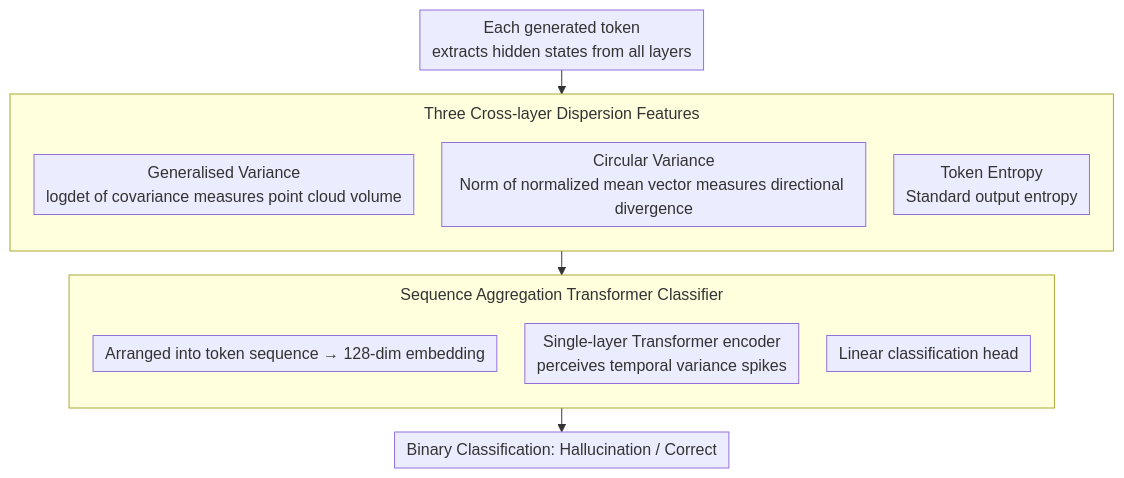
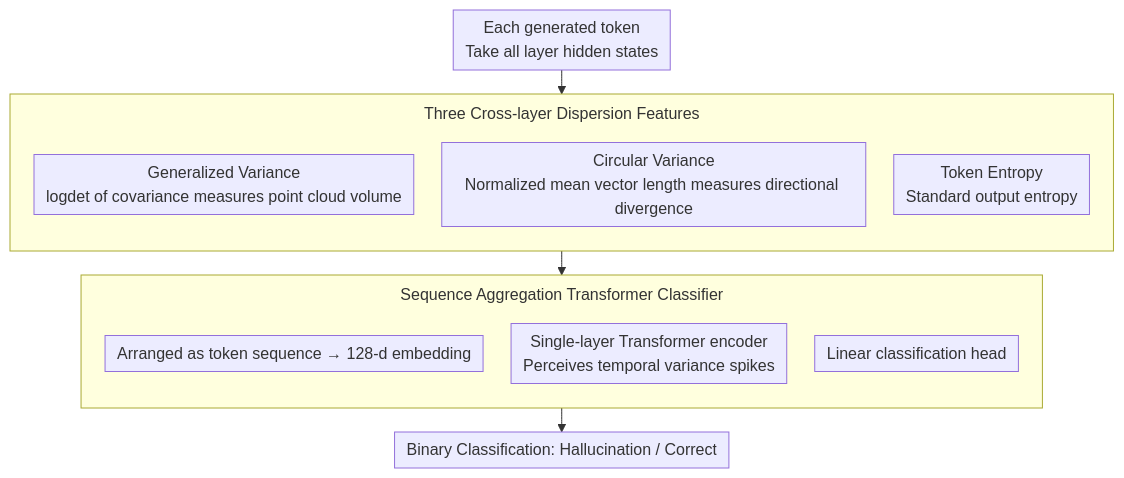
Before and after one commit to zhaoyang97/Paper-Notes-en: the diagram in docs/ACL2026/llm_safety/learning_uncertainty_from_sequential_internal_dispersion_in_large_language_model.md, drawn with Mermaid. The commit also changed other lines of this file and 5084 other files, not shown here.

````diff
--- a/docs/ACL2026/llm_safety/learning_uncertainty_from_sequential_internal_dispersion_in_large_language_model.md
+++ b/docs/ACL2026/llm_safety/learning_uncertainty_from_sequential_internal_dispersion_in_large_language_model.md
@@ -44,20 +44,20 @@
 ```mermaid
 %%{init: {'flowchart': {'rankSpacing': 24, 'nodeSpacing': 28, 'padding': 6, 'wrappingWidth': 400, 'subGraphTitleMargin': {'top': 8, 'bottom': 16}}}}%%
 flowchart TD
-    A["Each generated token<br/>extracts hidden states from all layers"]
+    A["Each generated token<br/>Take all layer hidden states"]
     subgraph FEAT["Three Cross-layer Dispersion Features"]
         direction TB
-        B1["Generalised Variance<br/>logdet of covariance measures point cloud volume"]
-        B2["Circular Variance<br/>Norm of normalized mean vector measures directional divergence"]
+        B1["Generalized Variance<br/>logdet of covariance measures point cloud volume"]
+        B2["Circular Variance<br/>Normalized mean vector length measures directional divergence"]
         B3["Token Entropy<br/>Standard output entropy"]
     end
     A --> FEAT
     subgraph SEQ["Sequence Aggregation Transformer Classifier"]
         direction TB
-        C1["Arranged into token sequence → 128-dim embedding"]
-        C2["Single-layer Transformer encoder<br/>perceives temporal variance spikes"]
+        C1["Arranged as token sequence → 128-d embedding"]
+        C2["Single-layer Transformer encoder<br/>Perceives temporal variance spikes"]
         C3["Linear classification head"]
     end
     FEAT --> SEQ
     SEQ --> D["Binary Classification: Hallucination / Correct"]
 ```
````
